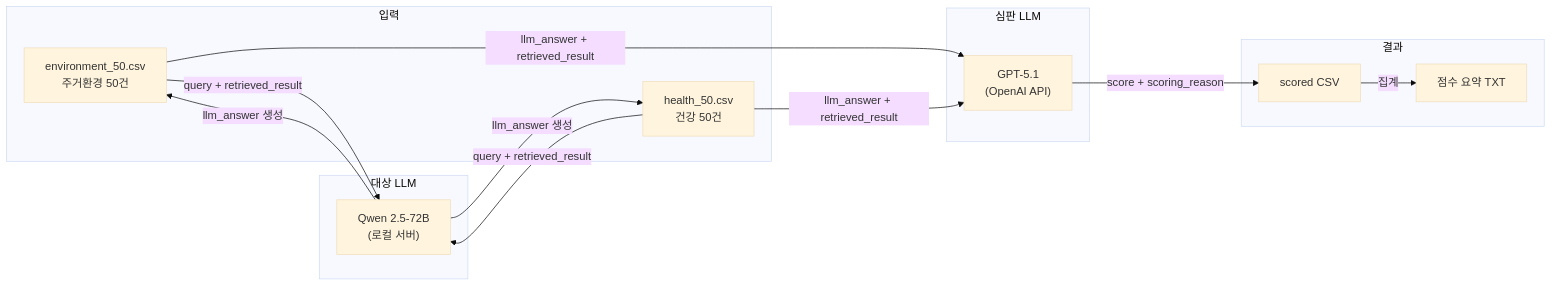
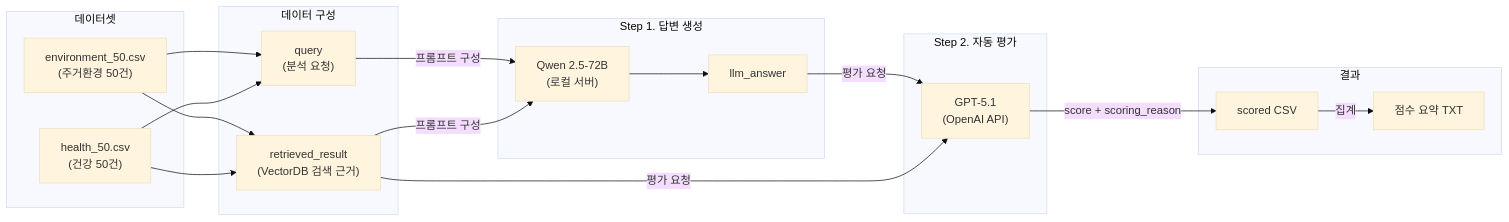
One commit to tmdekd/llm-judge-benchmark changed the first of 2 diagrams in README.md. Above: the diagram before and after it, drawn with Mermaid (base theme).

Commit message:
README.md 수정

````diff
--- a/README.md
+++ b/README.md
@@ -22,26 +22,33 @@
 ```mermaid
 flowchart LR
-    subgraph 입력
-        A[environment_50.csv<br/>주거환경 50건]
-        B[health_50.csv<br/>건강 50건]
+    subgraph 데이터셋
+        A["environment_50.csv<br/>(주거환경 50건)"]
+        B["health_50.csv<br/>(건강 50건)"]
     end
 
-    subgraph 대상 LLM
-        C["Qwen 2.5-72B<br/>(로컬 서버)"]
+    subgraph 데이터 구성
+        Q["query<br/>(분석 요청)"]
+        R["retrieved_result<br/>(VectorDB 검색 근거)"]
     end
 
-    subgraph 심판 LLM
+    subgraph Step 1. 답변 생성
+        C["Qwen 2.5-72B<br/>(로컬 서버)"]
+        L[llm_answer]
+    end
+
+    subgraph Step 2. 자동 평가
         D["GPT-5.1<br/>(OpenAI API)"]
     end
 
     subgraph 결과
         E[scored CSV]
         F[점수 요약 TXT]
     end
 
-    A & B -->|query + retrieved_result| C
-    C -->|llm_answer 생성| A & B
-    A & B -->|llm_answer + retrieved_result| D
+    A & B --> Q & R
+    Q & R -->|프롬프트 구성| C
+    C --> L
+    L & R -->|평가 요청| D
     D -->|score + scoring_reason| E
     E -->|집계| F
 ```
````
